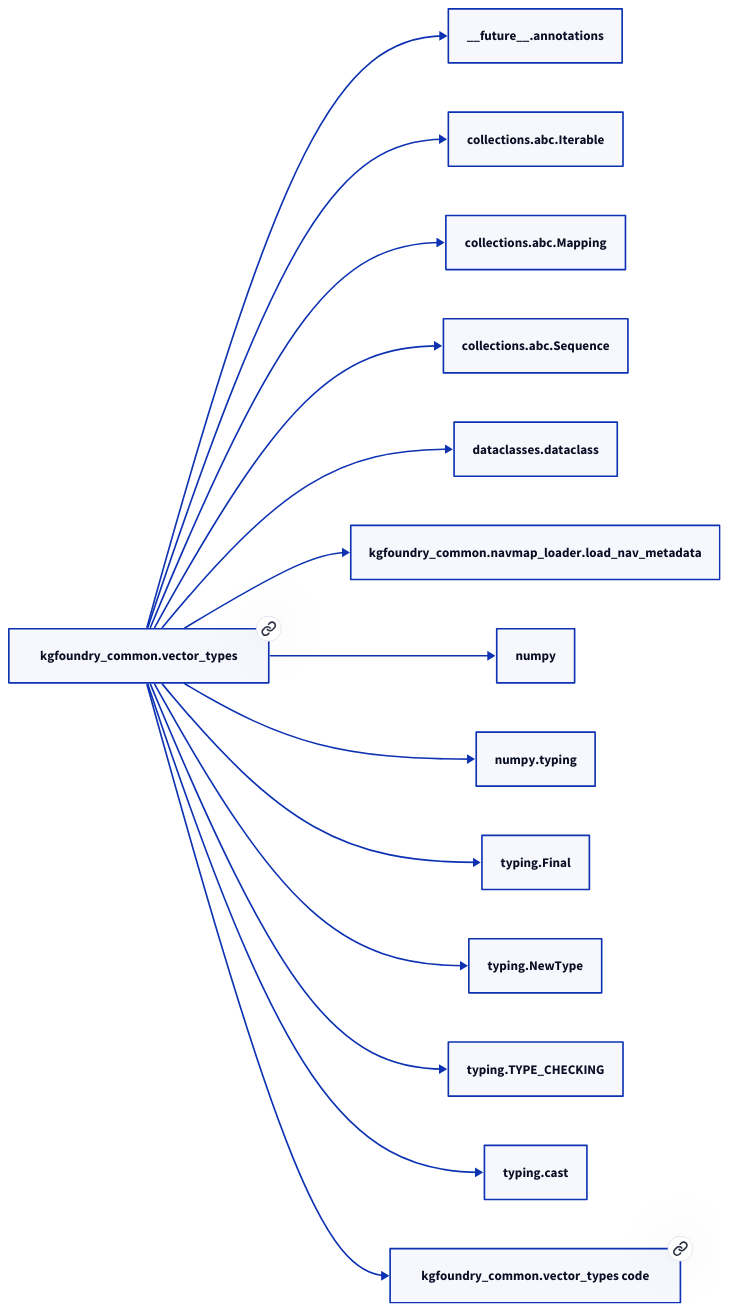
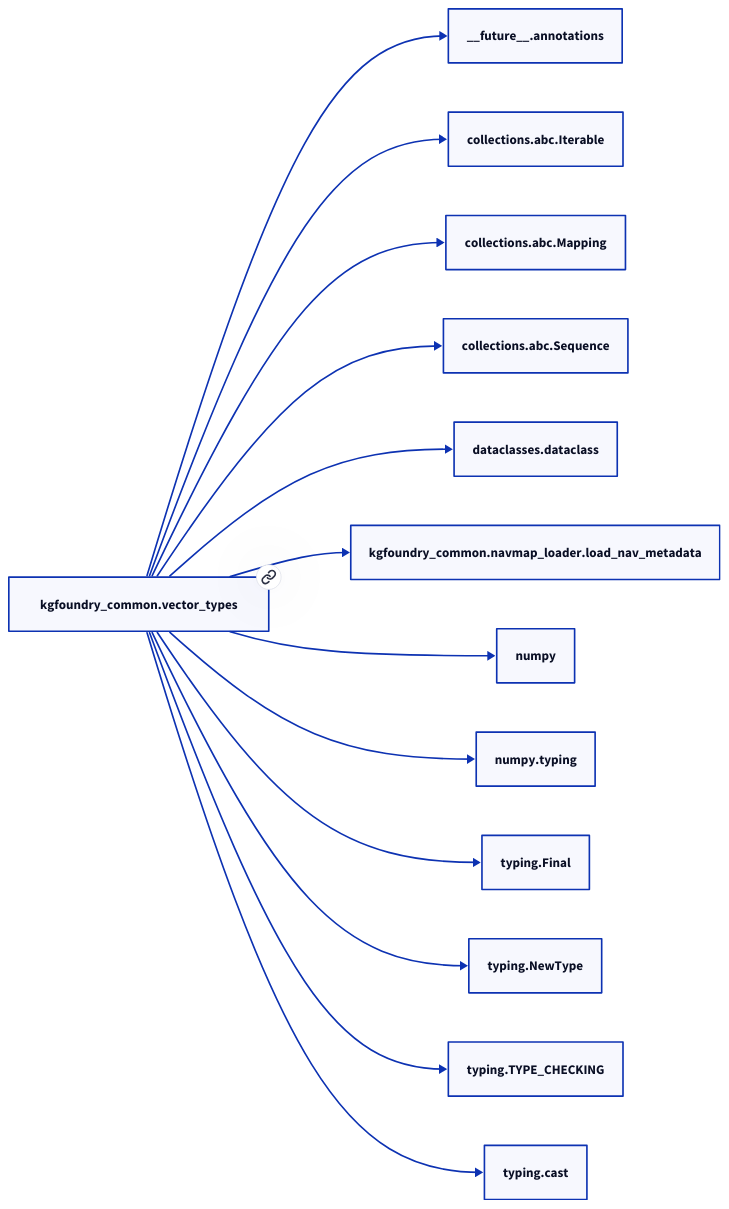
One commit to paul-heyse/kgforge changed the second of 2 diagrams in docs/modules/kgfoundry_common/vector_types.md. Above: the diagram before and after it, drawn with D2. The commit also changed other lines of this file and 118 other files, not shown here.

````diff
--- a/docs/modules/kgfoundry_common/vector_types.md
+++ b/docs/modules/kgfoundry_common/vector_types.md
@@ -63,30 +61,28 @@
 ```d2
 direction: right
-"kgfoundry_common.vector_types": "kgfoundry_common.vector_types" { link: "./kgfoundry_common/vector_types.md" }
+"kgfoundry_common.vector_types": "kgfoundry_common.vector_types" { link: "vector_types.md" }
 "__future__.annotations": "__future__.annotations"
 "kgfoundry_common.vector_types" -> "__future__.annotations"
 "collections.abc.Iterable": "collections.abc.Iterable"
 "kgfoundry_common.vector_types" -> "collections.abc.Iterable"
 "collections.abc.Mapping": "collections.abc.Mapping"
 "kgfoundry_common.vector_types" -> "collections.abc.Mapping"
 "collections.abc.Sequence": "collections.abc.Sequence"
 "kgfoundry_common.vector_types" -> "collections.abc.Sequence"
 "dataclasses.dataclass": "dataclasses.dataclass"
 "kgfoundry_common.vector_types" -> "dataclasses.dataclass"
 "kgfoundry_common.navmap_loader.load_nav_metadata": "kgfoundry_common.navmap_loader.load_nav_metadata"
 "kgfoundry_common.vector_types" -> "kgfoundry_common.navmap_loader.load_nav_metadata"
 "numpy": "numpy"
 "kgfoundry_common.vector_types" -> "numpy"
 "numpy.typing": "numpy.typing"
 "kgfoundry_common.vector_types" -> "numpy.typing"
 "typing.Final": "typing.Final"
 "kgfoundry_common.vector_types" -> "typing.Final"
 "typing.NewType": "typing.NewType"
 "kgfoundry_common.vector_types" -> "typing.NewType"
 "typing.TYPE_CHECKING": "typing.TYPE_CHECKING"
 "kgfoundry_common.vector_types" -> "typing.TYPE_CHECKING"
 "typing.cast": "typing.cast"
 "kgfoundry_common.vector_types" -> "typing.cast"
-"kgfoundry_common.vector_types_code": "kgfoundry_common.vector_types code" { link: "https://github.com/kgfoundry/kgfoundry/blob/main/src/kgfoundry_common/vector_types.py" }
-"kgfoundry_common.vector_types" -> "kgfoundry_common.vector_types_code" { style: dashed }
 ```
````
